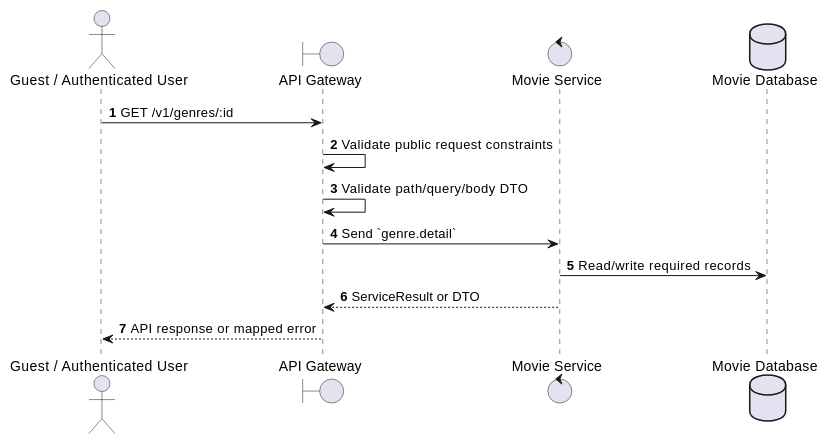
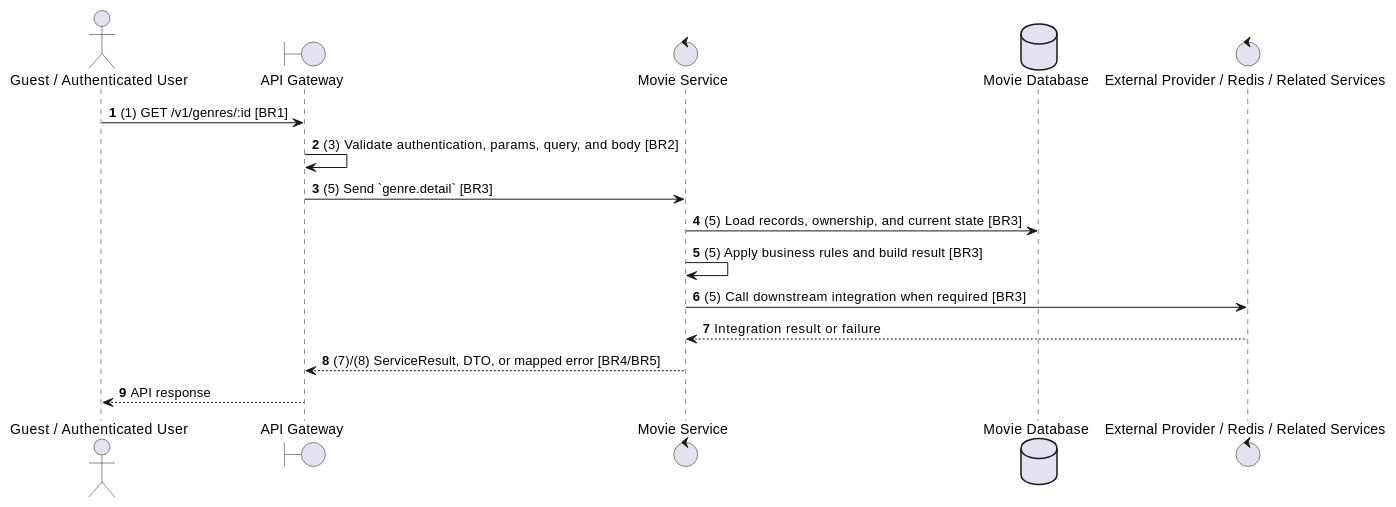
The second of 2 diagrams in docs/functional_specs/3.3.3_Genre_Management/GM-02_Get_Genre_by_ID.md (Tanh1603/movie-hub-architecture), drawn with PlantUML before and after one commit. The commit also changed other lines of this file and 129 other files, not shown here.

````diff
--- a/docs/functional_specs/3.3.3_Genre_Management/GM-02_Get_Genre_by_ID.md
+++ b/docs/functional_specs/3.3.3_Genre_Management/GM-02_Get_Genre_by_ID.md
@@ -17,17 +64,20 @@
 ```plantuml
 @startuml
 autonumber
 actor "Guest / Authenticated User" as Actor
 boundary "API Gateway" as GW
 control "Movie Service" as SVC
 database "Movie Database" as DB
+control "External Provider / Redis / Related Services" as EXT
 
-Actor -> GW: GET /v1/genres/:id
-GW -> GW: Validate public request constraints
-GW -> GW: Validate path/query/body DTO
-GW -> SVC: Send `genre.detail`
-SVC -> DB: Read/write required records
-SVC --> GW: ServiceResult or DTO
-GW --> Actor: API response or mapped error
+Actor -> GW: (1) GET /v1/genres/:id [BR1]
+GW -> GW: (3) Validate authentication, params, query, and body [BR2]
+GW -> SVC: (5) Send `genre.detail` [BR3]
+SVC -> DB: (5) Load records, ownership, and current state [BR3]
+SVC -> SVC: (5) Apply business rules and build result [BR3]
+SVC -> EXT: (5) Call downstream integration when required [BR3]
+EXT --> SVC: Integration result or failure
+SVC --> GW: (7)/(8) ServiceResult, DTO, or mapped error [BR4/BR5]
+GW --> Actor: API response
 @enduml
 ```
````
